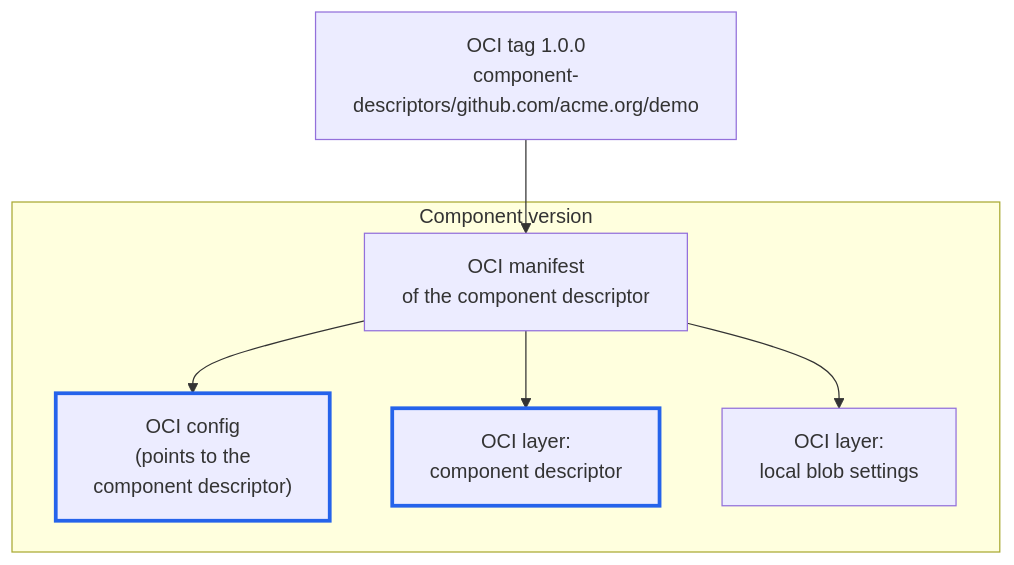
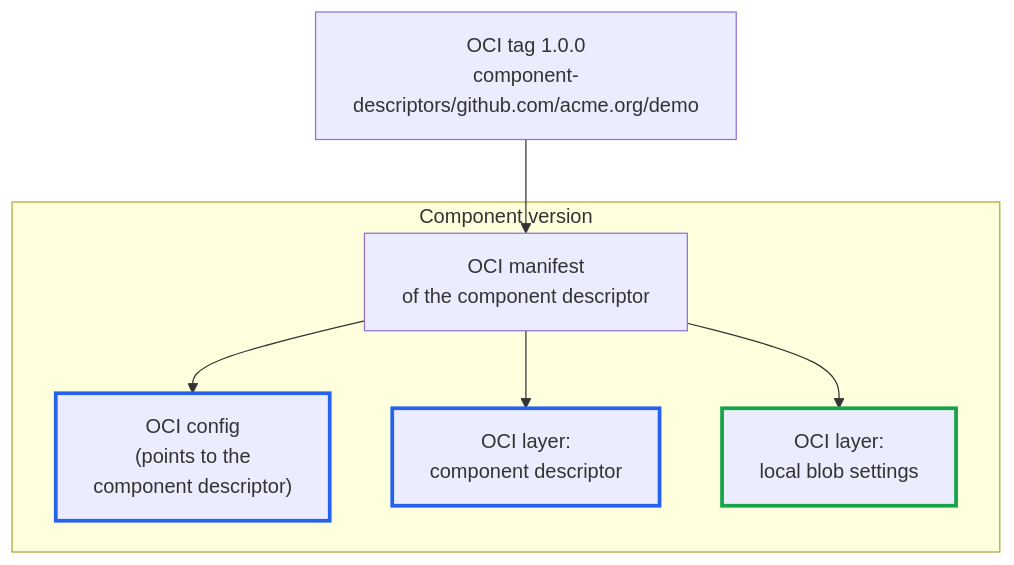
Before and after one commit to open-component-model/open-component-model: the first of 2 diagrams in website/content/docs/concepts/component-storage.md, drawn with Mermaid. The commit also changed other lines of this file, not shown here.

First line of the commit message:
docs(concepts): separate user content from OCI structure in storage diagrams

````diff
--- a/website/content/docs/concepts/component-storage.md
+++ b/website/content/docs/concepts/component-storage.md
@@ -66,14 +66,16 @@
 ```mermaid
 flowchart TD
     tag["OCI tag 1.0.0<br/>component-descriptors/github.com/acme.org/demo"] --> dm
 
     subgraph cv["Component version"]
         dm["OCI manifest<br/>of the component descriptor"]
         dm --> cfg["OCI config<br/>(points to the<br/>component descriptor)"]
         dm --> cd["OCI layer:<br/>component descriptor"]
         dm --> lb["OCI layer:<br/>local blob settings"]
     end
 
     classDef ocm stroke:#2563eb,stroke-width:3px
     class cfg,cd ocm
+    classDef content stroke:#16a34a,stroke-width:3px
+    class lb content
 ```
````
